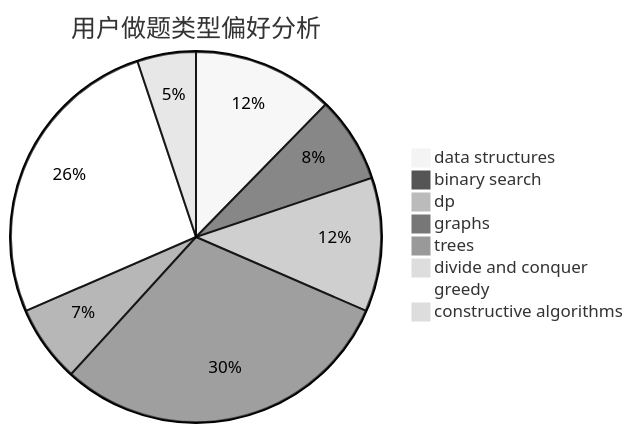
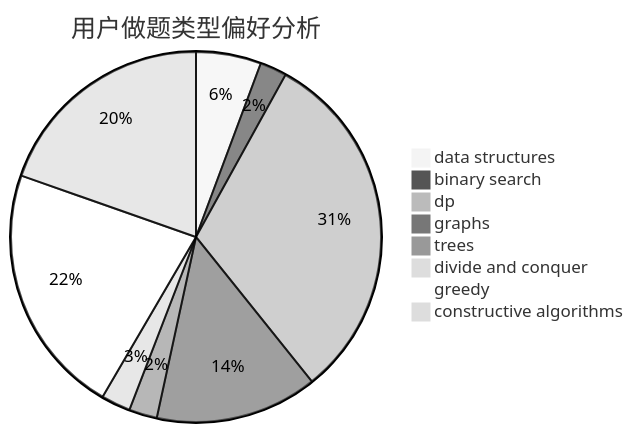
One commit to sherpahu/cfrs.github.io changed the second of 3 diagrams in docs/user/u807.md. Above: the diagram before and after it, drawn with Mermaid (neutral theme). The commit also changed other lines of this file and 2770 other files, not shown here.

````diff
--- a/docs/user/u807.md
+++ b/docs/user/u807.md
@@ -23,11 +23,11 @@
 ```mermaid
 pie title 用户做题类型偏好分析
-    "data structures" :  77
-    "binary search" :  47
-    "dp" :  73
-    "graphs" :  189
-    "trees" :  42
-    "divide and conquer" :  0
-    "greedy" :  165
-    "constructive algorithms" :  32
+    "data structures" :  51
+    "binary search" :  21
+    "dp" :  280
+    "graphs" :  127
+    "trees" :  22
+    "divide and conquer" :  23
+    "greedy" :  197
+    "constructive algorithms" :  176
 ```
````
